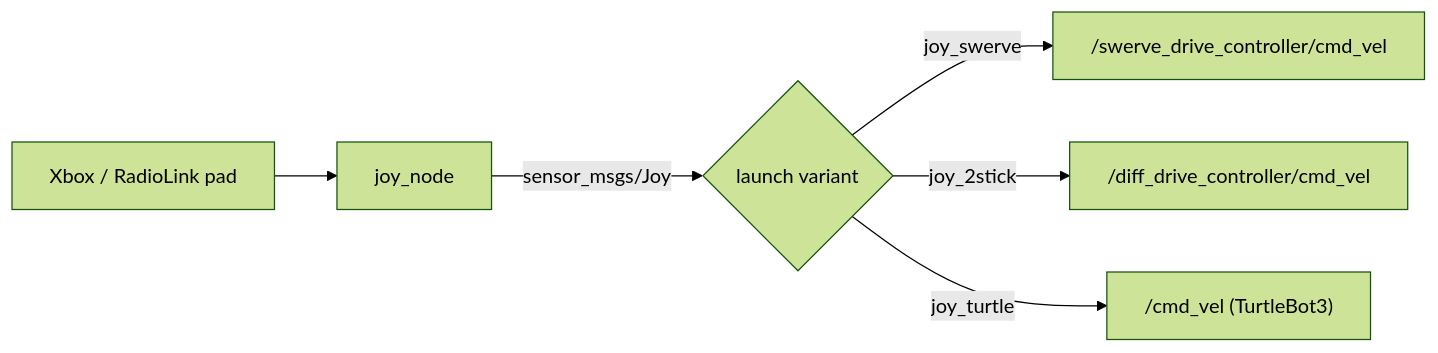
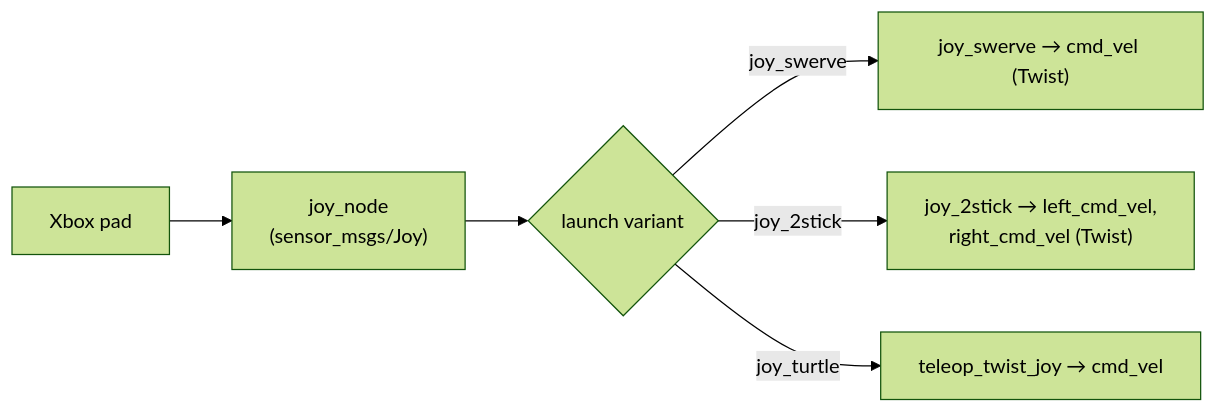
Before and after one commit to waynerobotics/Warrior_2026: the diagram in warrior_joy/README.md, drawn with Mermaid (forest theme). The commit also changed other lines of this file and 8 other files, not shown here.

````diff
--- a/warrior_joy/README.md
+++ b/warrior_joy/README.md
@@ -6,8 +6,8 @@
 ```mermaid
 flowchart LR
-    PAD["Xbox / RadioLink pad"] --> JOY["joy_node"]
-    JOY -->|sensor_msgs/Joy| MUX{launch variant}
-    MUX -->|joy_swerve| S["/swerve_drive_controller/cmd_vel"]
-    MUX -->|joy_2stick| D["/diff_drive_controller/cmd_vel"]
-    MUX -->|joy_turtle| T["/cmd_vel (TurtleBot3)"]
+    PAD["Xbox pad"] --> JOY["joy_node<br/>(sensor_msgs/Joy)"]
+    JOY --> MUX{launch variant}
+    MUX -->|joy_swerve| SW["joy_swerve → cmd_vel (Twist)"]
+    MUX -->|joy_2stick| DS["joy_2stick → left_cmd_vel,<br/>right_cmd_vel (Twist)"]
+    MUX -->|joy_turtle| TT["teleop_twist_joy → cmd_vel"]
 ```
````
